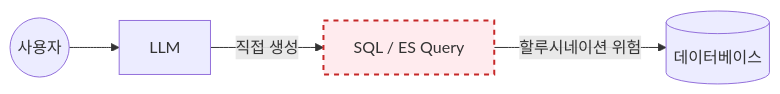
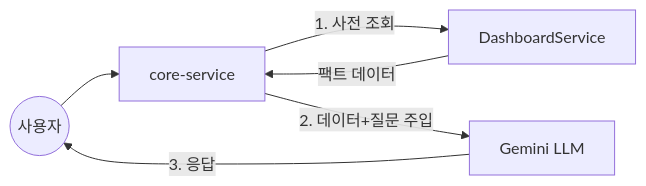
One commit to NileTheKing/marketing-intelligence-platform changed diagram 13 of 14 in docs/PORTFOLIO_DIAGRAMS.md. Above: the diagram before and after it, drawn with Mermaid. The commit also changed other lines of this file and 1 other file, not shown here.

First line of the commit message:
feat(llm): implement hybrid architecture with RAG and Native Function Calling

````diff
--- a/docs/PORTFOLIO_DIAGRAMS.md
+++ b/docs/PORTFOLIO_DIAGRAMS.md
@@ -325,7 +325,8 @@
 ```mermaid
 flowchart LR
-    User(("사용자")) --> LLM["LLM"]
-    LLM -->|"직접 생성"| SQL["SQL / ES Query"]
-    SQL -->|"할루시네이션 위험"| DB[("데이터베이스")]
-    style SQL fill:#ffebee,stroke:#c62828,stroke-width:2px,stroke-dasharray: 5 5;
+    User(("사용자")) --> Server["core-service"]
+    Server -->|"1. 사전 조회"| API["DashboardService"]
+    API -->|"팩트 데이터"| Server
+    Server -->|"2. 데이터+질문 주입"| LLM["Gemini LLM"]
+    LLM -->|"3. 응답"| User
 ```
````
